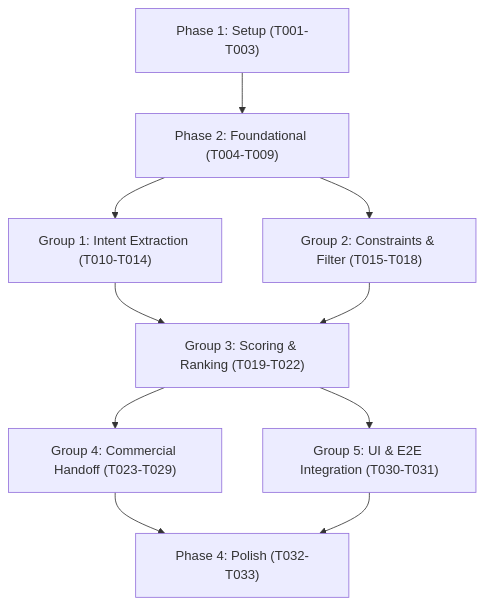
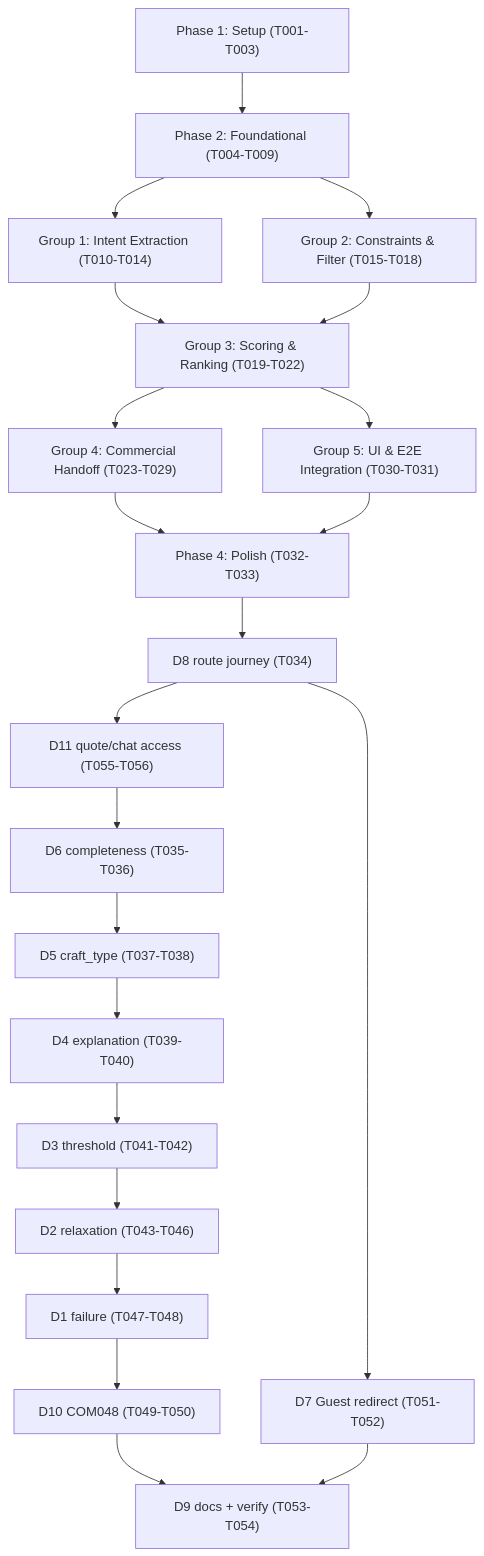
One commit to JustACertainBlue/dbiz3-team-g changed the diagram in specs/001-ait-core/tasks.md. Above: the diagram before and after it, drawn with Mermaid. The commit also changed other lines of this file and 5 other files, not shown here.

````diff
--- a/specs/001-ait-core/tasks.md
+++ b/specs/001-ait-core/tasks.md
@@ -90,12 +165,24 @@
 ```mermaid
 graph TD
   P1["Phase 1: Setup (T001-T003)"] --> P2["Phase 2: Foundational (T004-T009)"]
   P2 --> G1["Group 1: Intent Extraction (T010-T014)"]
   P2 --> G2["Group 2: Constraints & Filter (T015-T018)"]
   G1 --> G3["Group 3: Scoring & Ranking (T019-T022)"]
   G2 --> G3
   G3 --> G4["Group 4: Commercial Handoff (T023-T029)"]
   G3 --> G5["Group 5: UI & E2E Integration (T030-T031)"]
   G4 --> P4["Phase 4: Polish (T032-T033)"]
   G5 --> P4
+  P4 --> R8["D8 route journey (T034)"]
+  R8 --> R11["D11 quote/chat access (T055-T056)"]
+  R11 --> R6["D6 completeness (T035-T036)"]
+  R6 --> R5["D5 craft_type (T037-T038)"]
+  R5 --> R4["D4 explanation (T039-T040)"]
+  R4 --> R3["D3 threshold (T041-T042)"]
+  R3 --> R2["D2 relaxation (T043-T046)"]
+  R2 --> R1["D1 failure (T047-T048)"]
+  R1 --> R10["D10 COM048 (T049-T050)"]
+  R8 --> R7["D7 Guest redirect (T051-T052)"]
+  R10 --> R9["D9 docs + verify (T053-T054)"]
+  R7 --> R9
 ```
````
